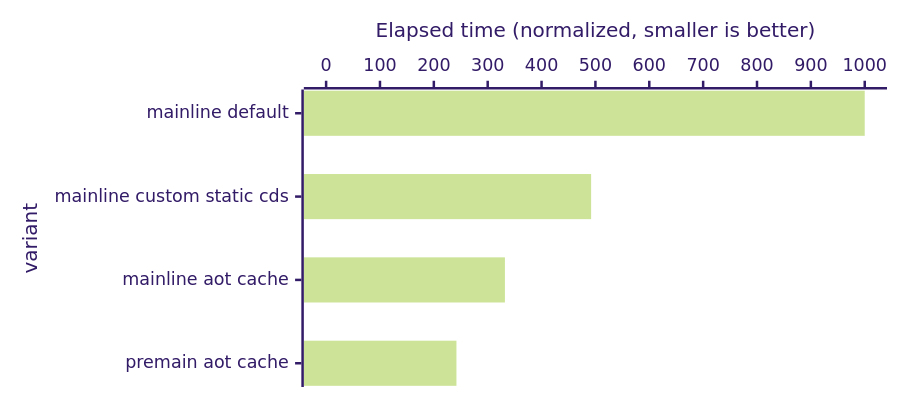
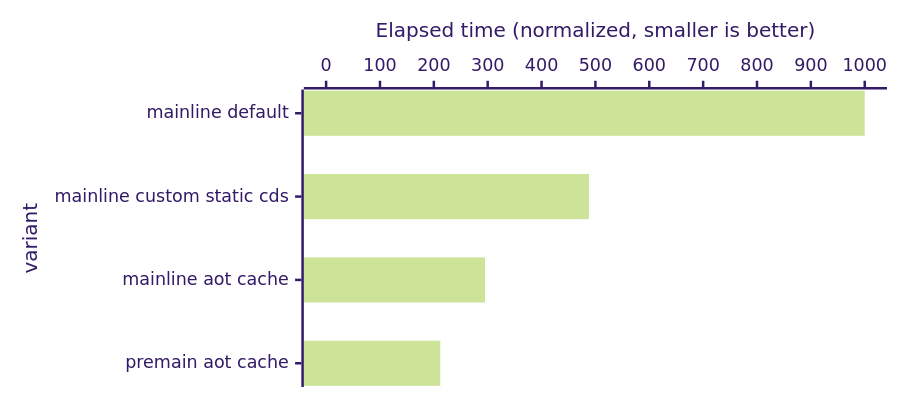
Before and after one commit to openjdk/leyden: the fifth of 12 diagrams in benchmarks/README.md, drawn with Mermaid. The commit also changed other lines of this file and 4 other files, not shown here.

````diff
--- a/benchmarks/README.md
+++ b/benchmarks/README.md
@@ -188,13 +188,13 @@
 ```mermaid
 ---
 config:
     theme: "forest"
     xyChart:
         chartOrientation: horizontal
         height: 300
 ---
 xychart-beta
     x-axis "variant" ["mainline default", "mainline custom static cds", "mainline aot cache", "premain aot cache"]
     y-axis "Elapsed time (normalized, smaller is better)" 0 --> 1000
-    bar [1000, 492, 332, 242]
+    bar [1000, 488, 295, 212]
 ```
````
